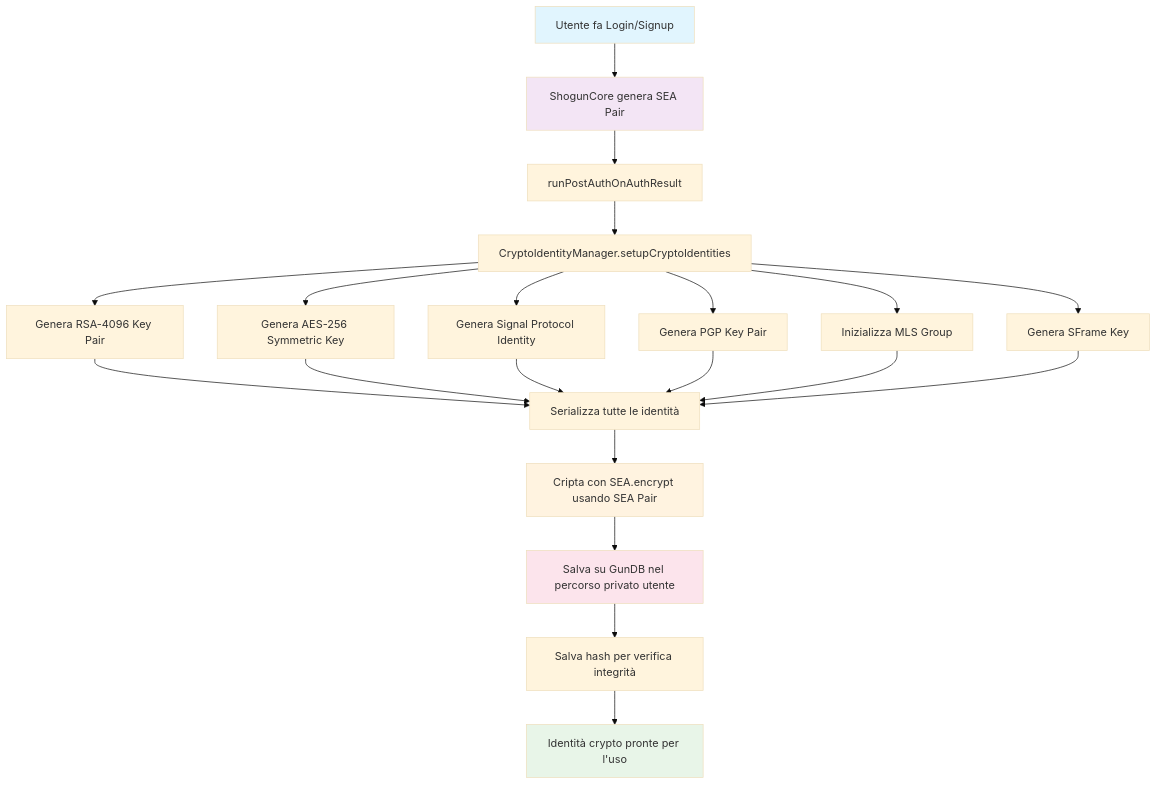
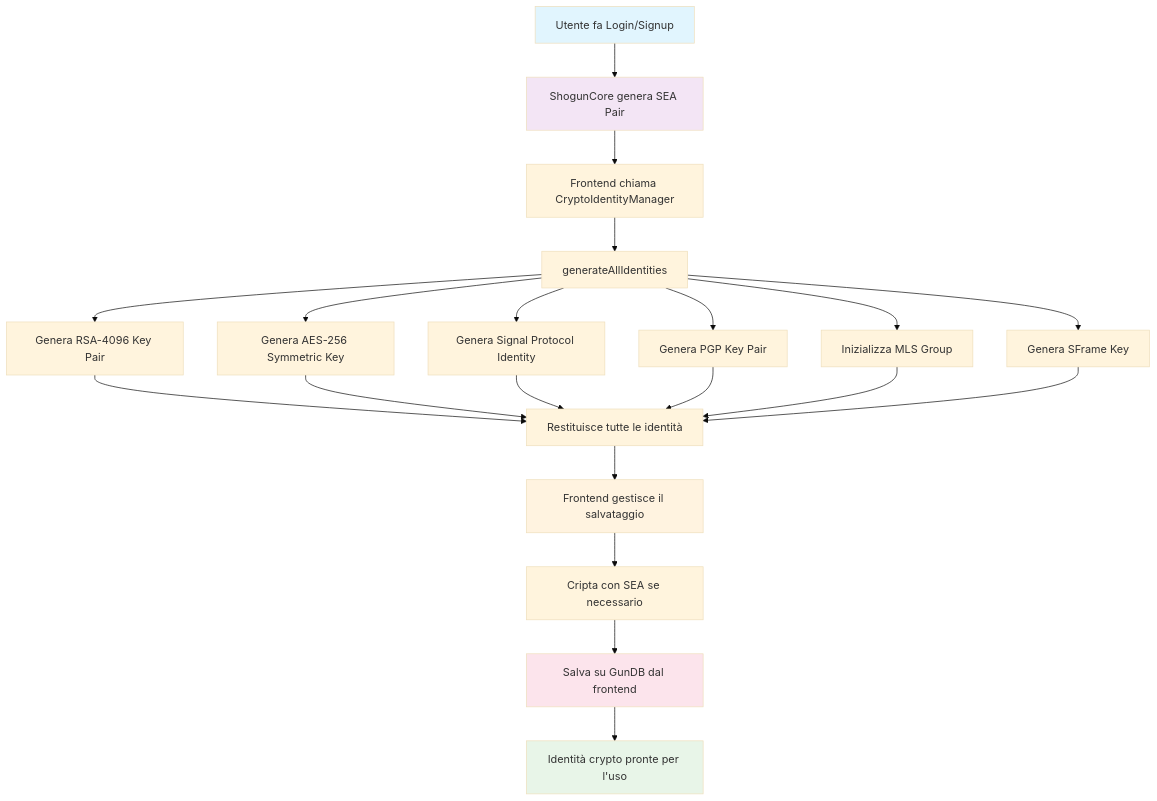
One commit to scobru/shogun-core changed the diagram in src/managers/README.md. Above: the diagram before and after it, drawn with Mermaid (base theme). The commit also changed other lines of this file and 263 other files, not shown here.

````diff
--- a/src/managers/README.md
+++ b/src/managers/README.md
@@ -110,28 +98,28 @@
 ```mermaid
 graph TD
     A[Utente fa Login/Signup] --> B[ShogunCore genera SEA Pair]
-    B --> C[runPostAuthOnAuthResult]
-    C --> D[CryptoIdentityManager.setupCryptoIdentities]
+    B --> C[Frontend chiama CryptoIdentityManager]
+    C --> D[generateAllIdentities]
     D --> E[Genera RSA-4096 Key Pair]
     D --> F[Genera AES-256 Symmetric Key]
     D --> G[Genera Signal Protocol Identity]
     D --> H[Genera PGP Key Pair]
     D --> I[Inizializza MLS Group]
     D --> J[Genera SFrame Key]
-    E --> K[Serializza tutte le identità]
+    E --> K[Restituisce tutte le identità]
     F --> K
     G --> K
     H --> K
     I --> K
     J --> K
-    K --> L[Cripta con SEA.encrypt usando SEA Pair]
-    L --> M[Salva su GunDB nel percorso privato utente]
-    M --> N[Salva hash per verifica integrità]
+    K --> L[Frontend gestisce il salvataggio]
+    L --> M[Cripta con SEA se necessario]
+    M --> N[Salva su GunDB dal frontend]
     N --> O[Identità crypto pronte per l'uso]
     
     style A fill:#e1f5fe
     style B fill:#f3e5f5
     style O fill:#e8f5e8
     style L fill:#fff3e0
-    style M fill:#fce4ec
+    style N fill:#fce4ec
 ```
````
